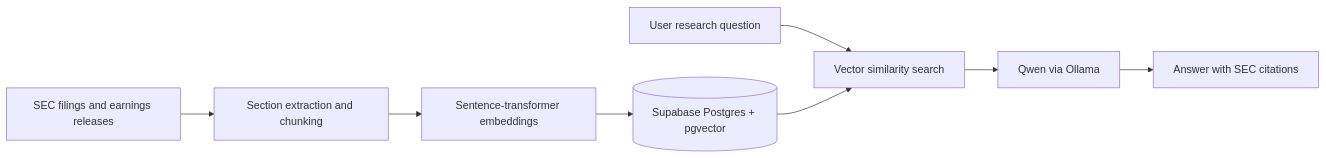
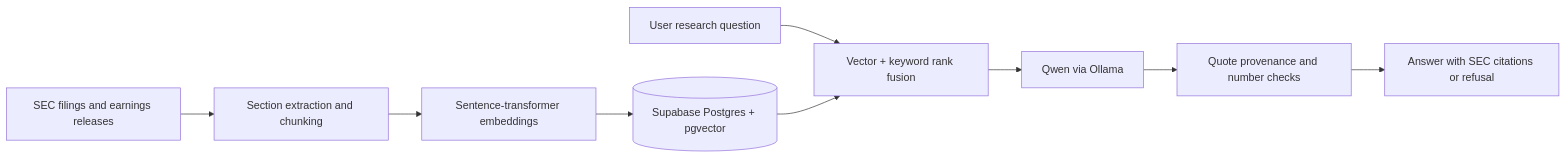
The first of 2 diagrams in README.md (bolanosmanny/stratos), drawn with Mermaid before and after one commit. The commit also changed other lines of this file and 15 other files, not shown here.

Commit message:
Evaluate SEC research retrieval and evidence quality

````diff
--- a/README.md
+++ b/README.md
@@ -17,10 +17,11 @@
 ```mermaid
 flowchart LR
     A[SEC filings and earnings releases] --> B[Section extraction and chunking]
     B --> C[Sentence-transformer embeddings]
     C --> D[(Supabase Postgres + pgvector)]
-    E[User research question] --> F[Vector similarity search]
+    E[User research question] --> F[Vector + keyword rank fusion]
     D --> F
     F --> G[Qwen via Ollama]
-    G --> H[Answer with SEC citations]
+    G --> V[Quote provenance and number checks]
+    V --> H[Answer with SEC citations or refusal]
 ```
````
